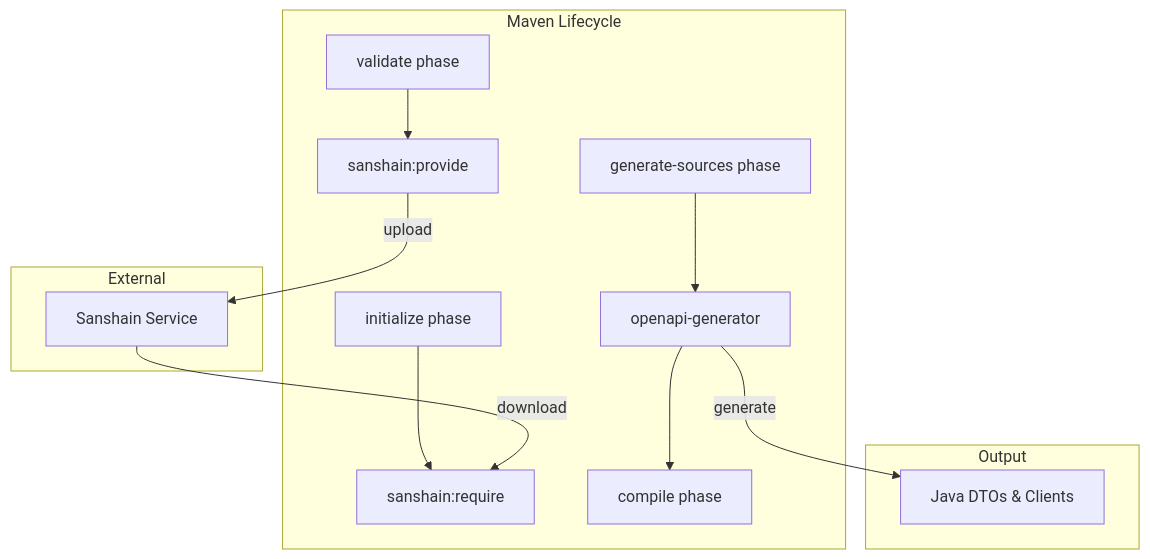
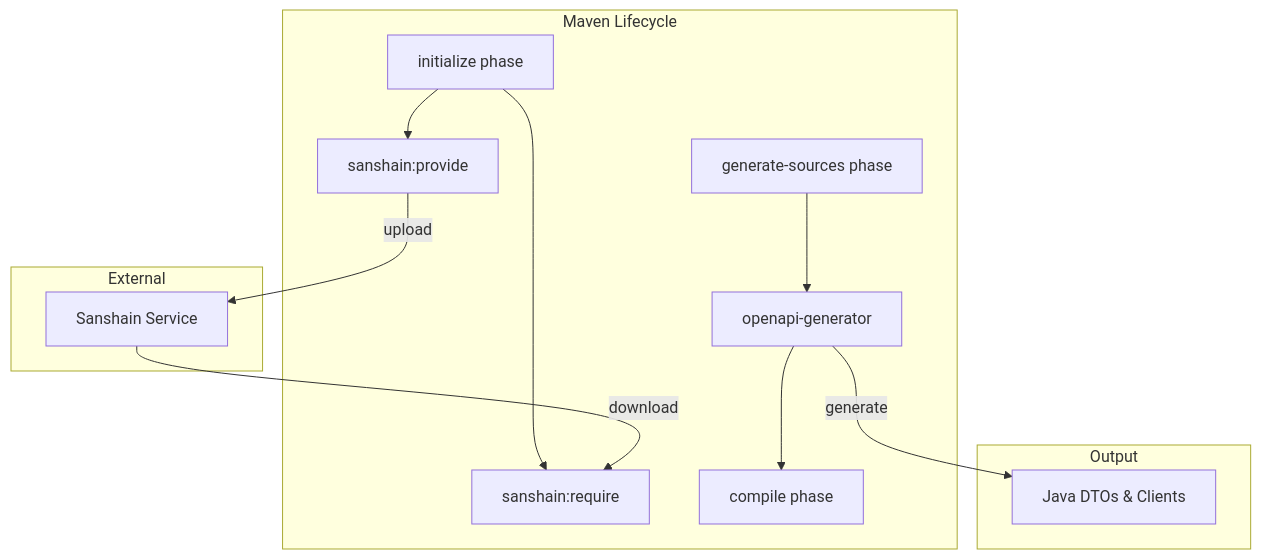
One commit to paxel/sanshain-maven-plugin changed the diagram in docs/lifecycle.md. Above: the diagram before and after it, drawn with Mermaid. The commit also changed other lines of this file and 1 other file, not shown here.

Commit message:
Name initialize as provide's default phase in the lifecycle doc

````diff
--- a/docs/lifecycle.md
+++ b/docs/lifecycle.md
@@ -9,18 +9,18 @@
 ```mermaid
 graph TD
     subgraph Maven Lifecycle
-        init[validate phase] --> sans_p[sanshain:provide]
-        gen[initialize phase] --> sans_r[sanshain:require]
+        gen[initialize phase] --> sans_p[sanshain:provide]
+        gen --> sans_r[sanshain:require]
         gen_s[generate-sources phase] --> openapi[openapi-generator]
         openapi --> compile[compile phase]
     end
 
     subgraph External
         sans_p -- upload --> Service[Sanshain Service]
         Service -- download --> sans_r
     end
 
     subgraph Output
         openapi -- generate --> DTOs[Java DTOs & Clients]
     end
 ```
````
